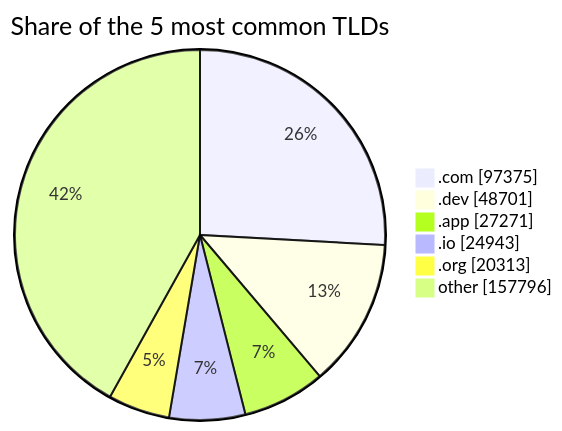
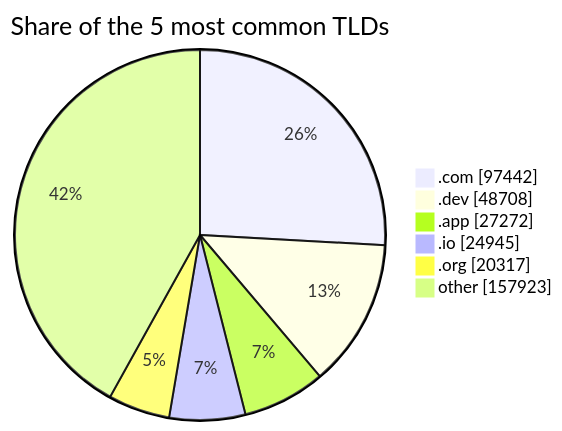
One commit to DNSBunker/CTI changed the third of 3 diagrams in README.md. Above: the diagram before and after it, drawn with Mermaid. The commit also changed other lines of this file and 3 other files, not shown here.

````diff
--- a/README.md
+++ b/README.md
@@ -81,9 +81,9 @@
 ```mermaid
 pie showData title Share of the 5 most common TLDs
-    ".com" : 97375
-    ".dev" : 48701
-    ".app" : 27271
-    ".io" : 24943
-    ".org" : 20313
-    "other" : 157796
+    ".com" : 97442
+    ".dev" : 48708
+    ".app" : 27272
+    ".io" : 24945
+    ".org" : 20317
+    "other" : 157923
 ```
````
